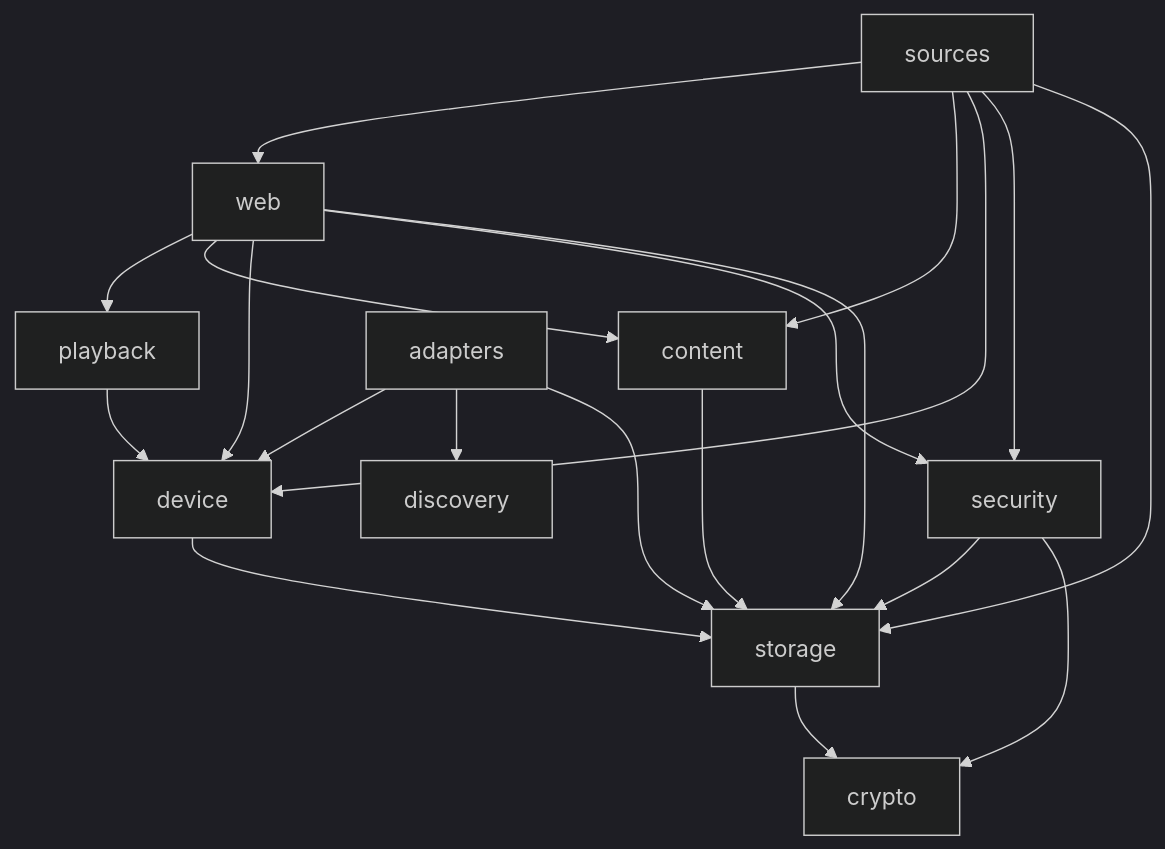
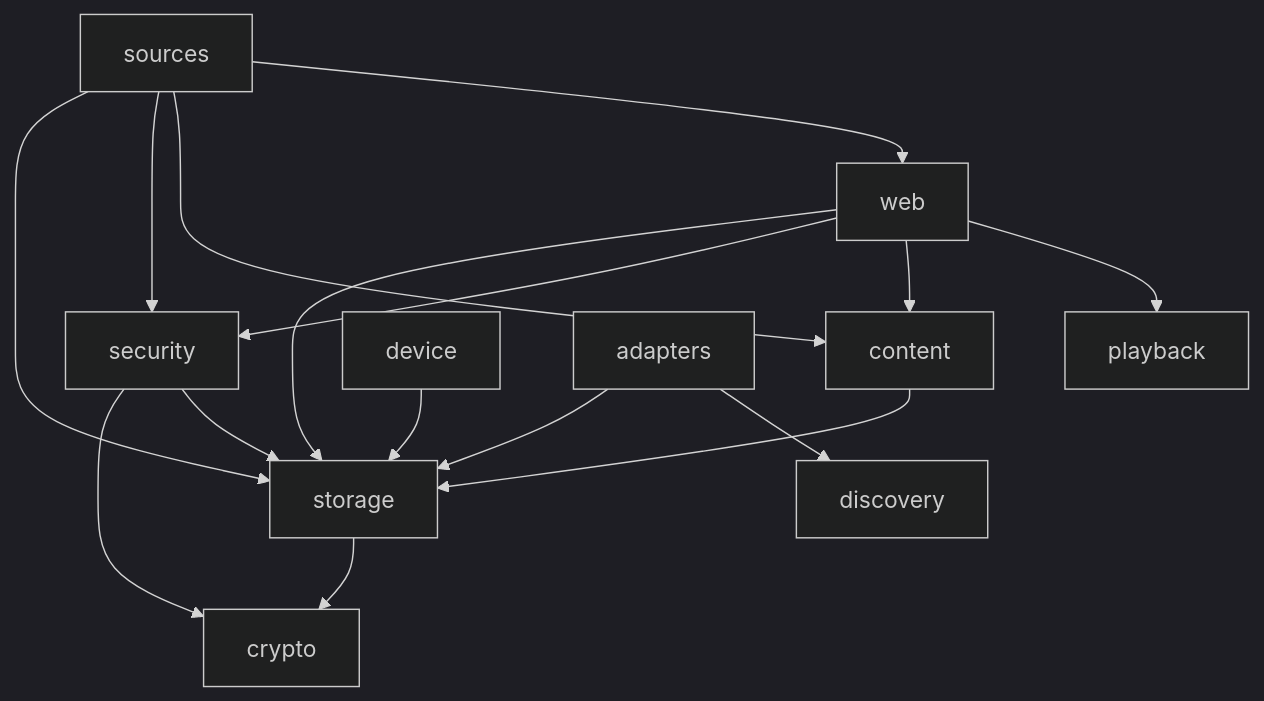
One commit to Yukuhu/home-control changed the diagram in docs/dev/architecture.md. Above: the diagram before and after it, drawn with Mermaid (dark theme). The commit also changed other lines of this file and 15 other files, not shown here.

````diff
--- a/docs/dev/architecture.md
+++ b/docs/dev/architecture.md
@@ -32,22 +32,18 @@
 ```mermaid
 flowchart TD
     sources --> web
     sources --> content
-    sources --> device
     sources --> security
     sources --> storage
     web --> playback
     web --> content
-    web --> device
     web --> security
     web --> storage
-    playback --> device
     content --> storage
     device --> storage
-    adapters --> device
     adapters --> discovery
     adapters --> storage
     security --> storage
     security --> crypto
     storage --> crypto
 ```
````
